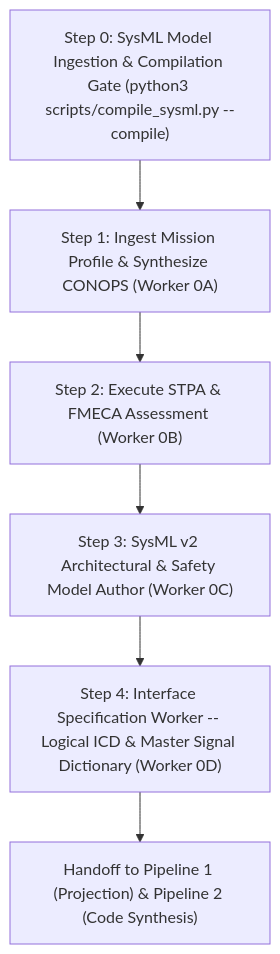
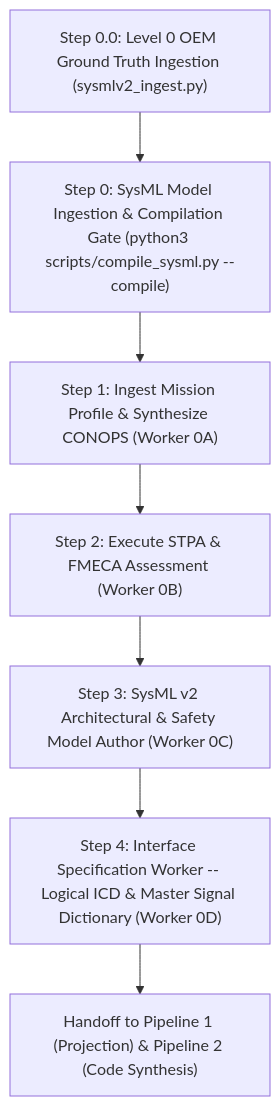
One commit to gintatkinson/DEAP01-spec-core changed the second of 2 diagrams in README.md. Above: the diagram before and after it, drawn with Mermaid. The commit also changed other lines of this file and 10 other files, not shown here.

Commit message:
feat(compiler): support Level 0 OEM prose/markdown ingestion in sysmlv2_ingest.py and formalize Step 0.0 Pipeline 0 sequence

````diff
--- a/README.md
+++ b/README.md
@@ -551,8 +613,9 @@
 ```mermaid
 flowchart TD
-    Step0["Step 0: SysML Model Ingestion & Compilation Gate (python3 scripts/compile_sysml.py --compile)"] --> Step1["Step 1: Ingest Mission Profile & Synthesize CONOPS (Worker 0A)"]
+    Step00["Step 0.0: Level 0 OEM Ground Truth Ingestion (sysmlv2_ingest.py)"] --> Step0["Step 0: SysML Model Ingestion & Compilation Gate (python3 scripts/compile_sysml.py --compile)"]
+    Step0 --> Step1["Step 1: Ingest Mission Profile & Synthesize CONOPS (Worker 0A)"]
     Step1 --> Step2["Step 2: Execute STPA & FMECA Assessment (Worker 0B)"]
     Step2 --> Step3["Step 3: SysML v2 Architectural & Safety Model Author (Worker 0C)"]
     Step3 --> Step4["Step 4: Interface Specification Worker -- Logical ICD & Master Signal Dictionary (Worker 0D)"]
     Step4 --> Downstream["Handoff to Pipeline 1 (Projection) & Pipeline 2 (Code Synthesis)"]
 ```
````
